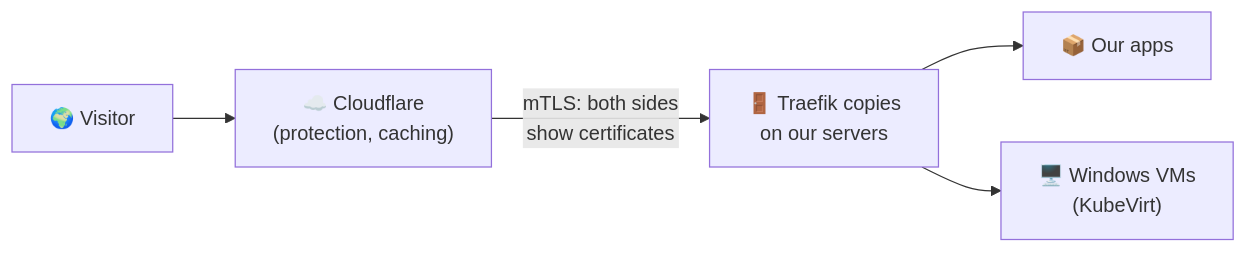
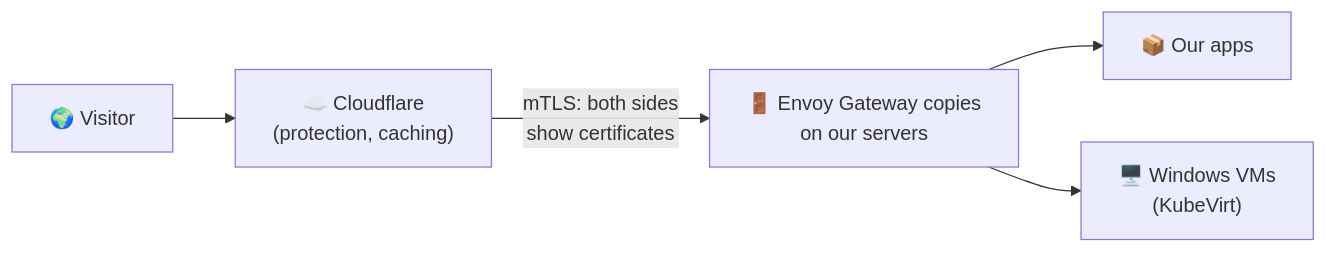
One commit to external-systems/explain-kube-to-me changed the second of 2 diagrams in documentation/docs/our-platform.md. Above: the diagram before and after it, drawn with Mermaid. The commit also changed other lines of this file and 68 other files, not shown here.

First line of the commit message:
Slides: 8 topics with real icons and hand-drawn diagrams

````diff
--- a/documentation/docs/our-platform.md
+++ b/documentation/docs/our-platform.md
@@ -118,7 +122,7 @@
 ```mermaid
 flowchart LR
     V["🌍 Visitor"] --> CF["☁️ Cloudflare<br/>(protection, caching)"]
-    CF -- "mTLS: both sides<br/>show certificates" --> T["🚪 Traefik copies<br/>on our servers"]
+    CF -- "mTLS: both sides<br/>show certificates" --> T["🚪 Envoy Gateway copies<br/>on our servers"]
     T --> A["📦 Our apps"]
     T --> VM["🖥️ Windows VMs<br/>(KubeVirt)"]
 ```
````
